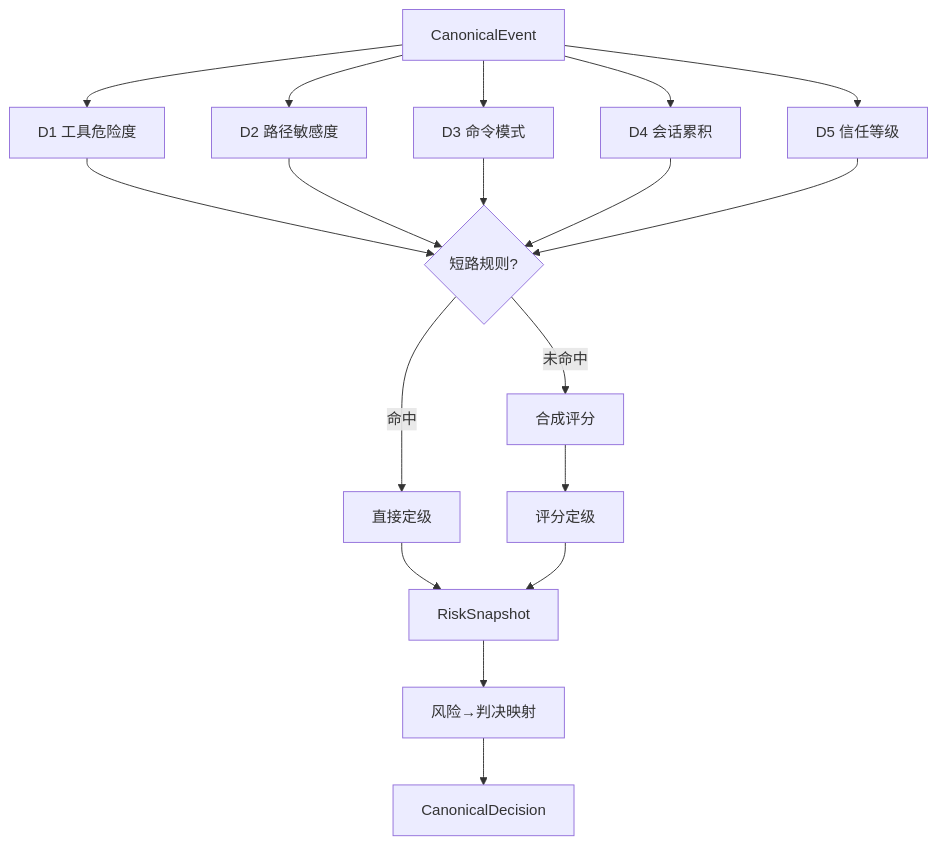
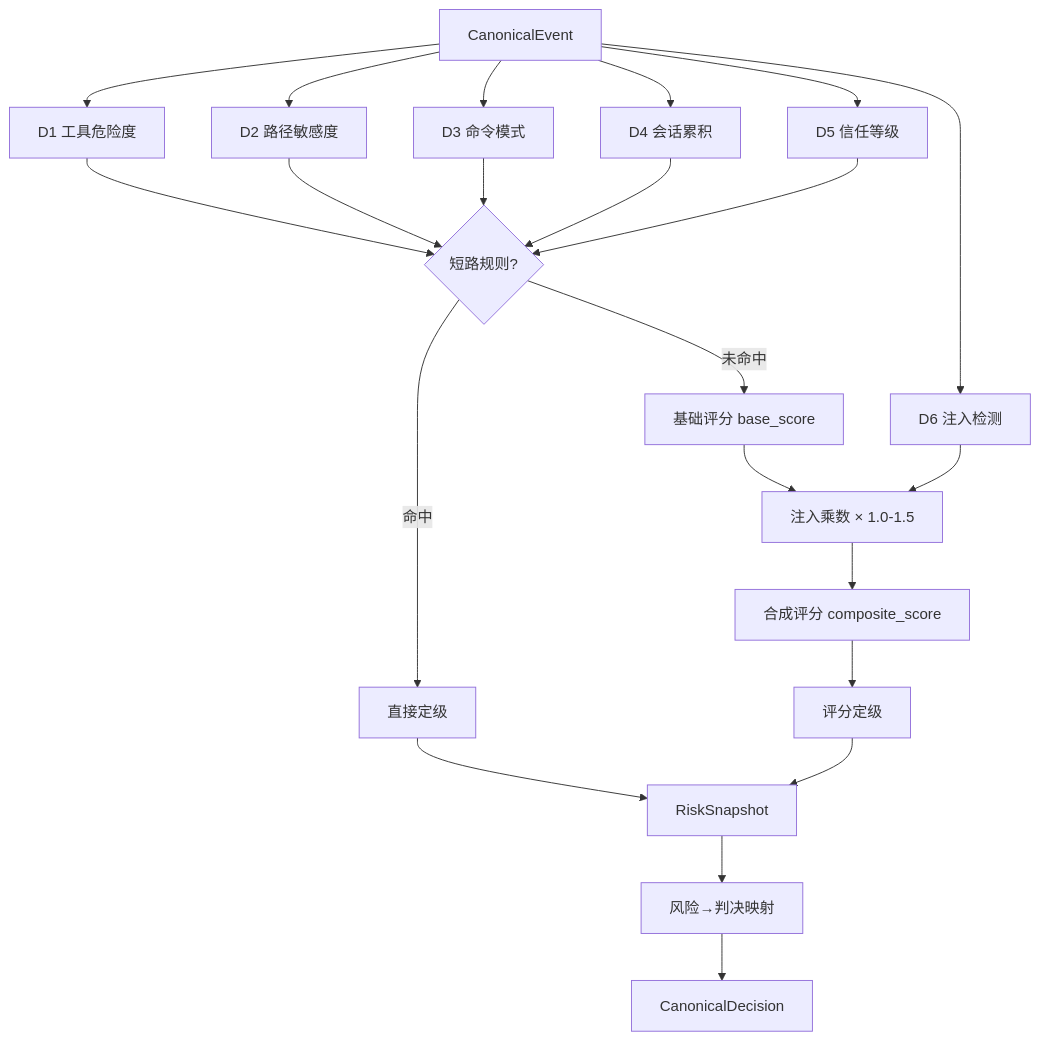
The first of 2 diagrams in site-docs/decision-layers/l1-rules.md (A3S-Lab/ClawSentry), drawn with Mermaid before and after one commit. The commit also changed other lines of this file and 10 other files, not shown here.

````diff
--- a/site-docs/decision-layers/l1-rules.md
+++ b/site-docs/decision-layers/l1-rules.md
@@ -28,16 +29,20 @@
 ```mermaid
 graph TD
     E[CanonicalEvent] --> D1[D1 工具危险度]
     E --> D2[D2 路径敏感度]
     E --> D3[D3 命令模式]
     E --> D4[D4 会话累积]
     E --> D5[D5 信任等级]
+    E --> D6[D6 注入检测]
 
     D1 & D2 & D3 & D4 & D5 --> SC{短路规则?}
     SC -->|命中| RL1[直接定级]
-    SC -->|未命中| CS[合成评分]
+    SC -->|未命中| BS[基础评分 base_score]
+    D6 --> MUL[注入乘数 × 1.0-1.5]
+    BS --> MUL
+    MUL --> CS[合成评分 composite_score]
     CS --> RL2[评分定级]
     RL1 & RL2 --> RS[RiskSnapshot]
     RS --> DEC[风险→判决映射]
     DEC --> CD[CanonicalDecision]
 ```
````
